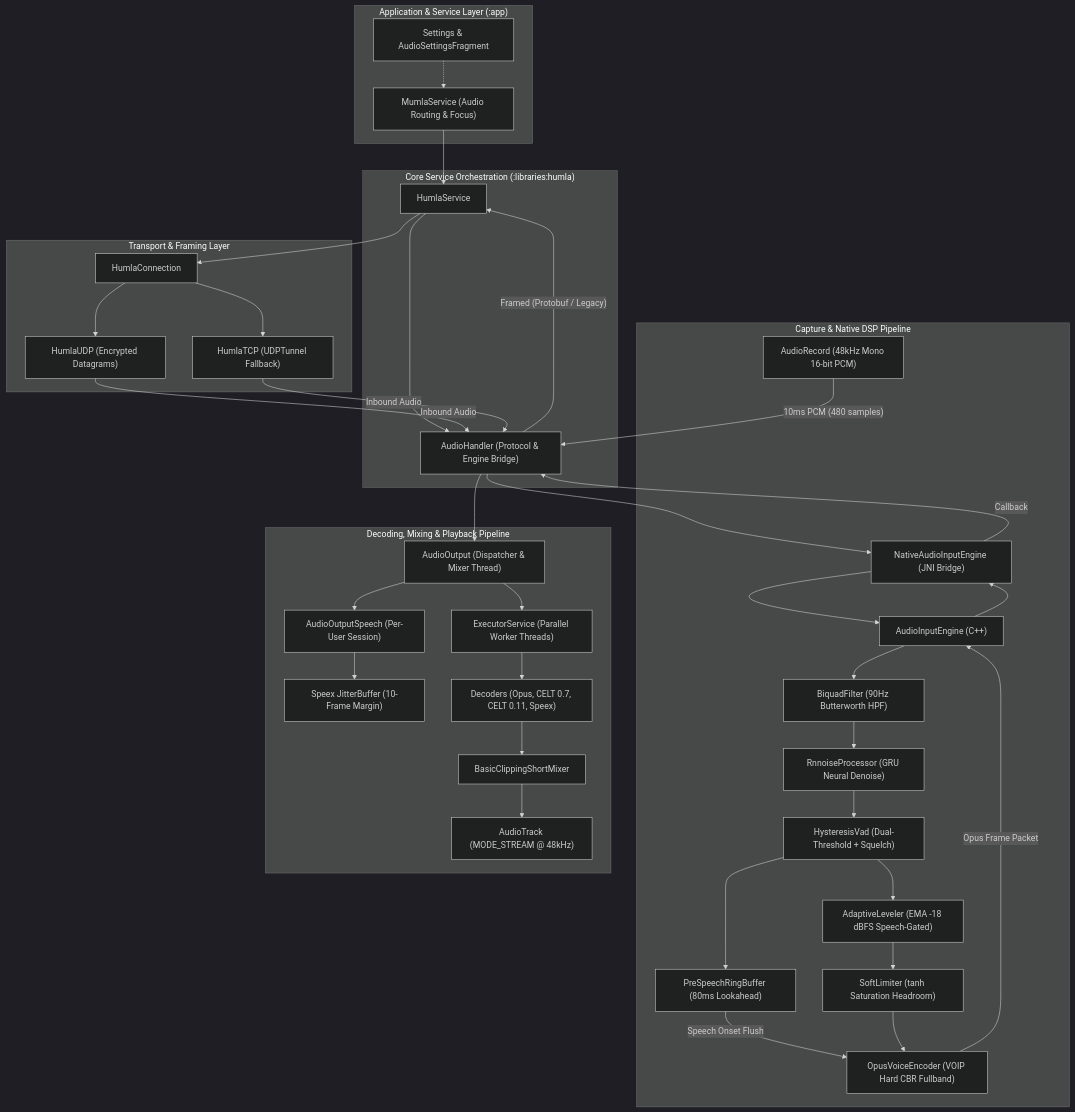
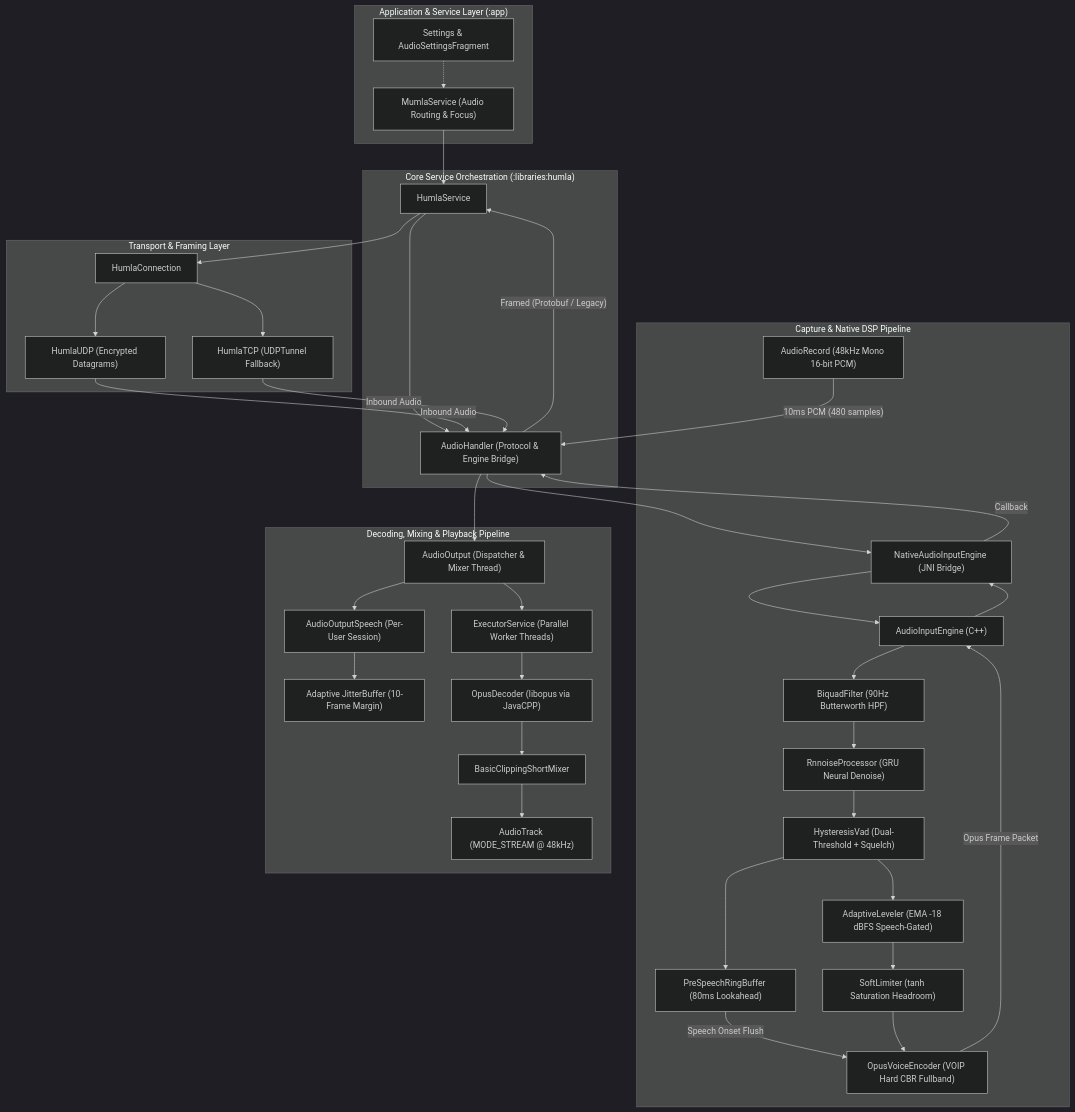
Before and after one commit to 360ied/mumla-oled: the diagram in docs/audio-architecture/README.md, drawn with Mermaid (dark theme). The commit also changed other lines of this file and 30 other files, not shown here.

````diff
--- a/docs/audio-architecture/README.md
+++ b/docs/audio-architecture/README.md
@@ -11,71 +11,71 @@
 ```mermaid
 flowchart TB
     subgraph UI ["Application & Service Layer (:app)"]
         UI_Settings["Settings & AudioSettingsFragment"]
         UI_Service["MumlaService (Audio Routing & Focus)"]
     end
 
     subgraph HumlaService_Layer ["Core Service Orchestration (:libraries:humla)"]
         HS["HumlaService"]
         AH["AudioHandler (Protocol & Engine Bridge)"]
     end
 
     subgraph InputPath ["Capture & Native DSP Pipeline"]
         AR["AudioRecord (48kHz Mono 16-bit PCM)"]
         NAIE_Java["NativeAudioInputEngine (JNI Bridge)"]
         NAIE_CPP["AudioInputEngine (C++)"]
         HPF["BiquadFilter (90Hz Butterworth HPF)"]
         RNN["RnnoiseProcessor (GRU Neural Denoise)"]
         VAD["HysteresisVad (Dual-Threshold + Squelch)"]
         AGC["AdaptiveLeveler (EMA -18 dBFS Speech-Gated)"]
         LIM["SoftLimiter (tanh Saturation Headroom)"]
         RING["PreSpeechRingBuffer (80ms Lookahead)"]
         ENC["OpusVoiceEncoder (VOIP Hard CBR Fullband)"]
     end
 
     subgraph NetworkPath ["Transport & Framing Layer"]
         NET_CONN["HumlaConnection"]
         UDP_TRANS["HumlaUDP (Encrypted Datagrams)"]
         TCP_TUNNEL["HumlaTCP (UDPTunnel Fallback)"]
     end
 
     subgraph OutputPath ["Decoding, Mixing & Playback Pipeline"]
         AO["AudioOutput (Dispatcher & Mixer Thread)"]
         AOS["AudioOutputSpeech (Per-User Session)"]
-        JITTER["Speex JitterBuffer (10-Frame Margin)"]
+        JITTER["Adaptive JitterBuffer (10-Frame Margin)"]
         POOL["ExecutorService (Parallel Worker Threads)"]
-        DEC["Decoders (Opus, CELT 0.7, CELT 0.11, Speex)"]
+        DEC["OpusDecoder (libopus via JavaCPP)"]
         MIX["BasicClippingShortMixer"]
         AT["AudioTrack (MODE_STREAM @ 48kHz)"]
     end
 
     UI_Settings -.-> UI_Service
     UI_Service --> HS
     HS --> AH
 
     AR -->|"10ms PCM (480 samples)"| AH
     AH --> NAIE_Java
     NAIE_Java --> NAIE_CPP
     NAIE_CPP --> HPF --> RNN --> VAD
     VAD --> AGC --> LIM
     VAD --> RING
     RING -->|"Speech Onset Flush"| ENC
     LIM --> ENC
     ENC -->|"Opus Frame Packet"| NAIE_CPP
     NAIE_CPP --> NAIE_Java
     NAIE_Java -->|"Callback"| AH
     AH -->|"Framed (Protobuf / Legacy)"| HS
     HS --> NET_CONN
     NET_CONN --> UDP_TRANS
     NET_CONN --> TCP_TUNNEL
 
     UDP_TRANS -->|"Inbound Audio"| AH
     TCP_TUNNEL -->|"Inbound Audio"| AH
     AH --> AO
     AO --> AOS
     AOS --> JITTER
     AO --> POOL
     POOL --> DEC
     DEC --> MIX
     MIX --> AT
 ```
````
